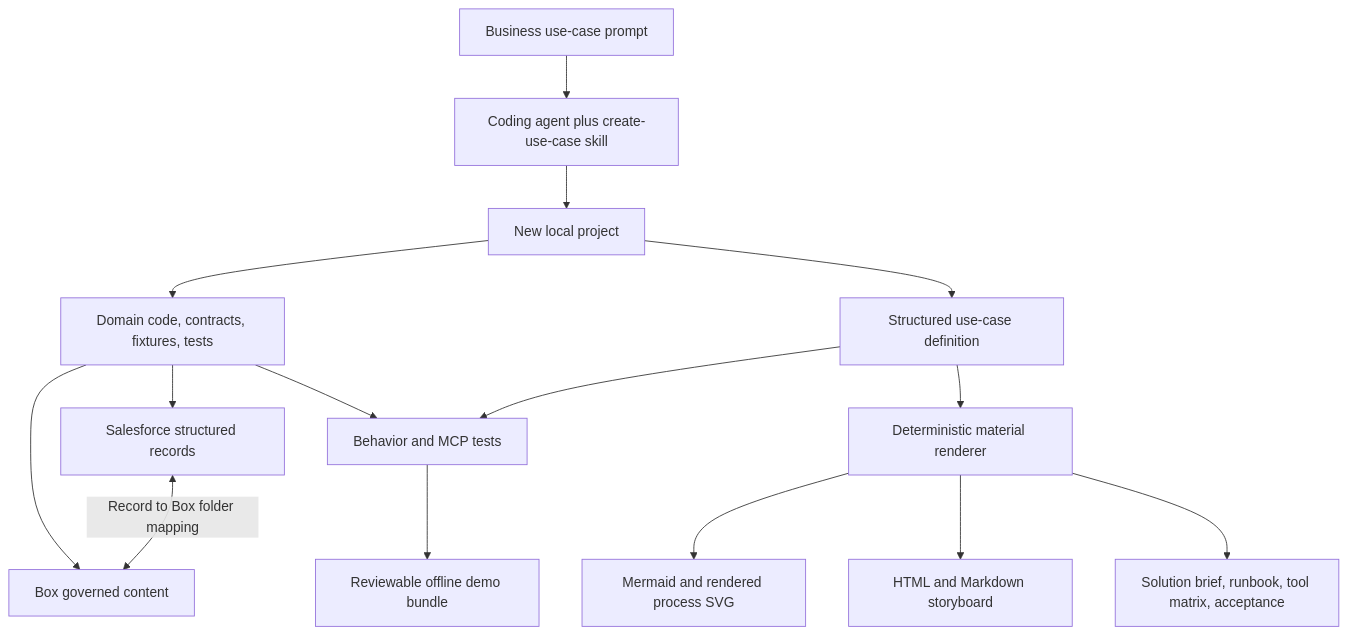
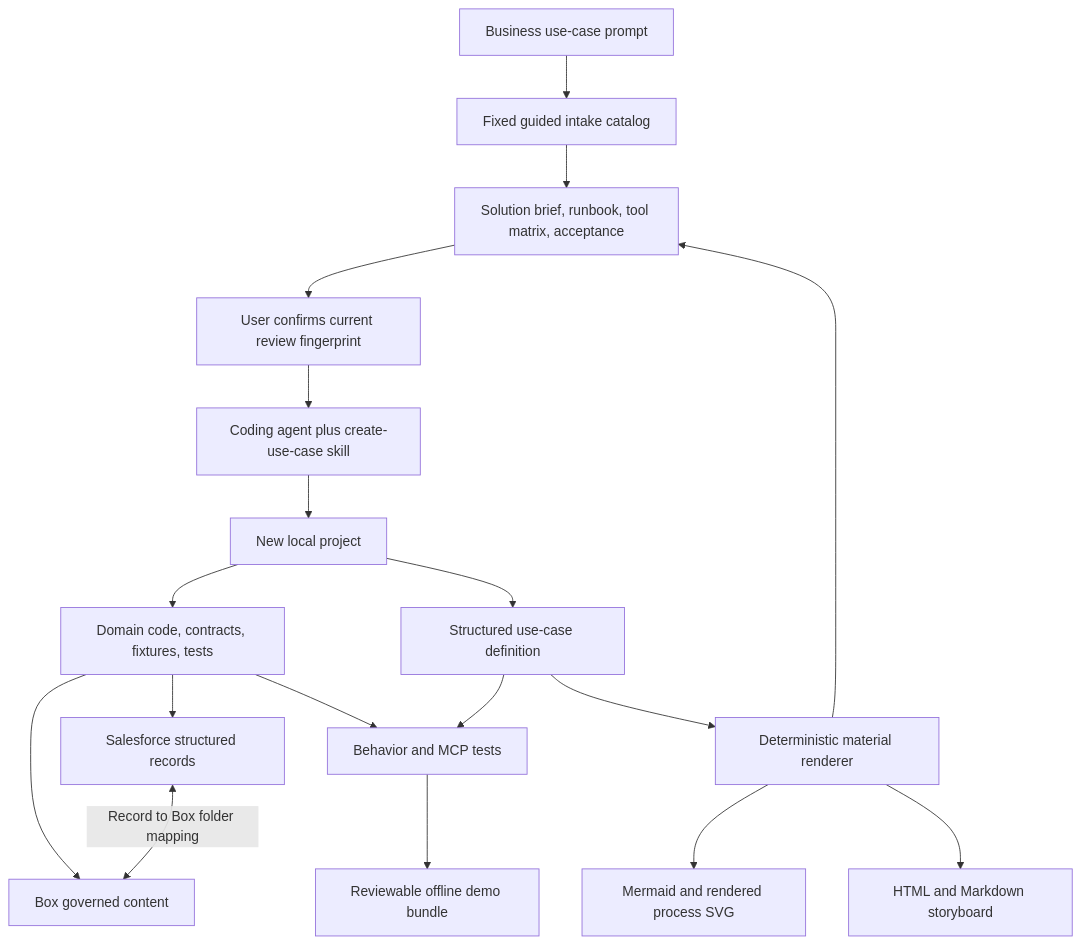
Before and after one commit to unofficialbox/box-agentic-template: the first of 2 diagrams in docs/ARCHITECTURE.md, drawn with Mermaid. The commit also changed other lines of this file and 30 other files, not shown here.

Commit message:
Add deterministic guided use-case intake and confirmed build gate

````diff
--- a/docs/ARCHITECTURE.md
+++ b/docs/ARCHITECTURE.md
@@ -5,17 +5,20 @@
 ```mermaid
 flowchart TD
-  prompt[Business use-case prompt] --> agent[Coding agent plus create-use-case skill]
+  prompt[Business use-case prompt] --> intake[Fixed guided intake catalog]
+  intake --> brief[Complete build brief]
+  brief --> confirmation[User confirms current review fingerprint]
+  confirmation --> agent[Coding agent plus create-use-case skill]
   agent --> project[New local project]
   project --> code[Domain code, contracts, fixtures, tests]
   project --> definition[Structured use-case definition]
   definition --> render[Deterministic material renderer]
   render --> process[Mermaid and rendered process SVG]
   render --> story[HTML and Markdown storyboard]
   render --> brief[Solution brief, runbook, tool matrix, acceptance]
   code --> box[Box governed content]
   code --> salesforce[Salesforce structured records]
   salesforce <-->|Record to Box folder mapping| box
   code --> verify[Behavior and MCP tests]
   definition --> verify
   verify --> handoff[Reviewable offline demo bundle]
 ```
````
